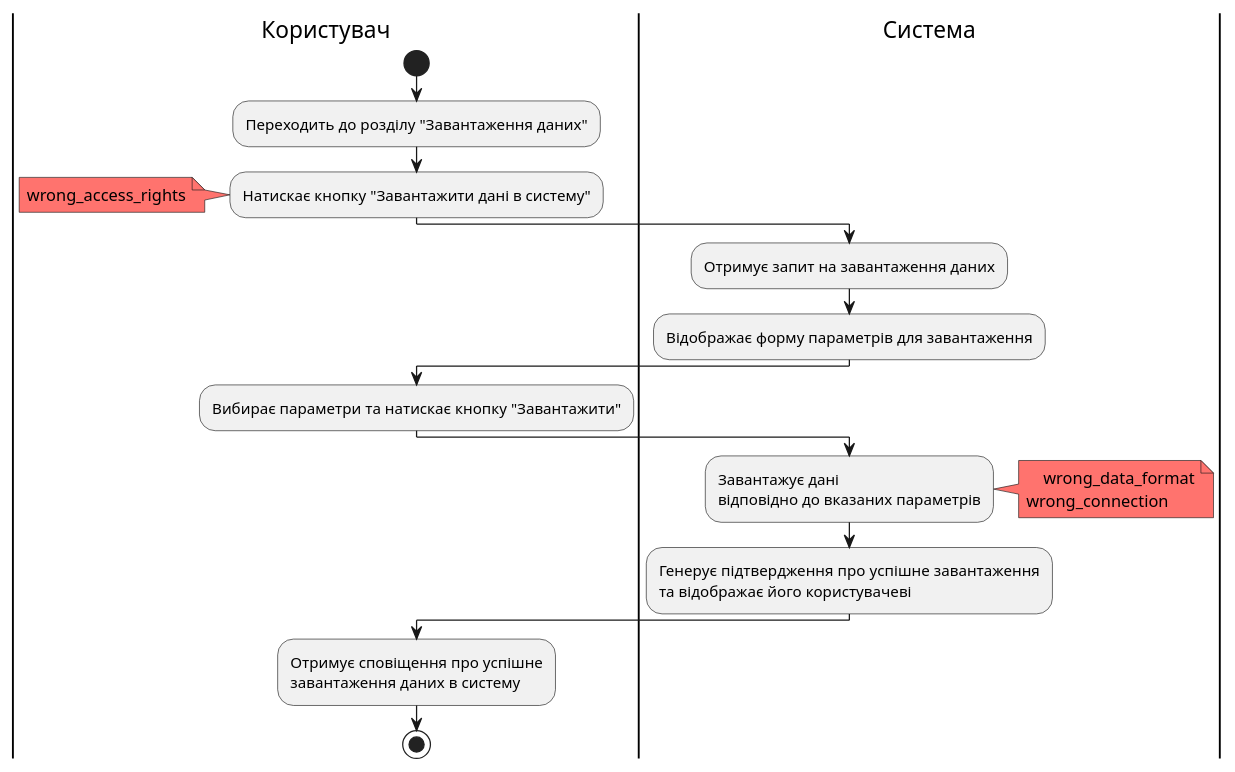
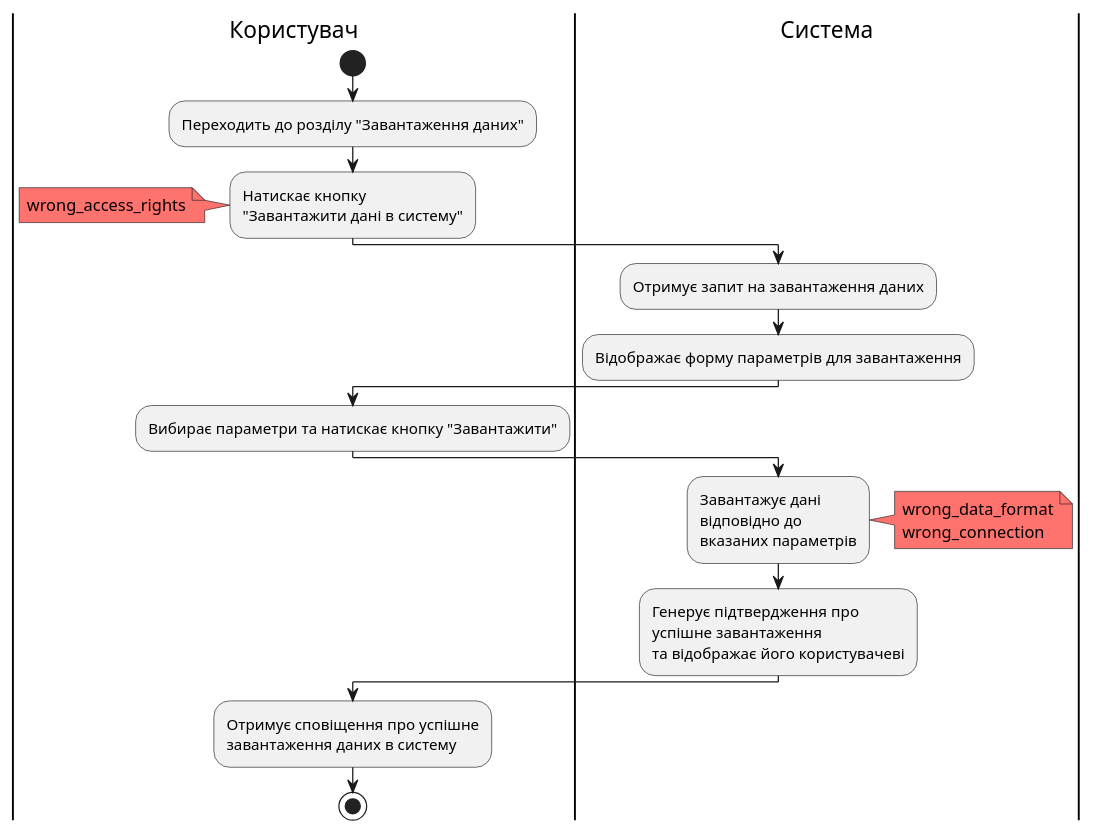
One commit to nonGratis/retarder-io-23-3 changed diagram 12 of 14 in docs/use cases/README.md. Above: the diagram before and after it, drawn with PlantUML. The commit also changed other lines of this file, not shown here.

Commit message:
correct User.Loading_Data_In_System UML

````diff
--- a/docs/use cases/README.md
+++ b/docs/use cases/README.md
@@ -380,26 +380,26 @@
 ```plantuml
 @startuml
 |Користувач| 
     start
     :Переходить до розділу "Завантаження даних";
-    :Натискає кнопку "Завантажити дані в систему";
+    :Натискає кнопку\n"Завантажити дані в систему";
         note left #FF736E
             wrong_access_rights
         end note
 |Система|
     :Отримує запит на завантаження даних;
     :Відображає форму параметрів для завантаження;
 |Користувач| 
     :Вибирає параметри та натискає кнопку "Завантажити";
 |Система| 
-    :Завантажує дані\nвідповідно до вказаних параметрів;
+    :Завантажує дані\nвідповідно до\nвказаних параметрів;
         note right #FF736E
             wrong_data_format
-        wrong_connection
-end note
-    :Генерує підтвердження про успішне завантаження\nта відображає його користувачеві;
+            wrong_connection
+        end note
+    :Генерує підтвердження про\nуспішне завантаження\nта відображає його користувачеві;
 |Користувач| 
     :Отримує сповіщення про успішне\nзавантаження даних в систему;
     stop
 @enduml
 ```
````
